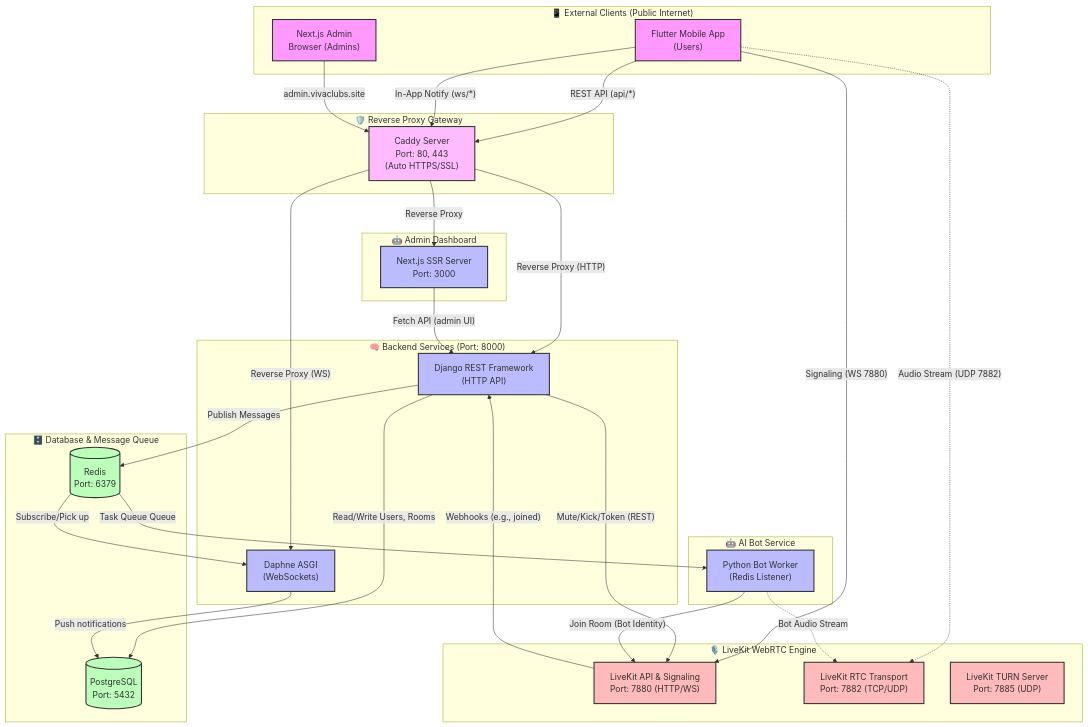
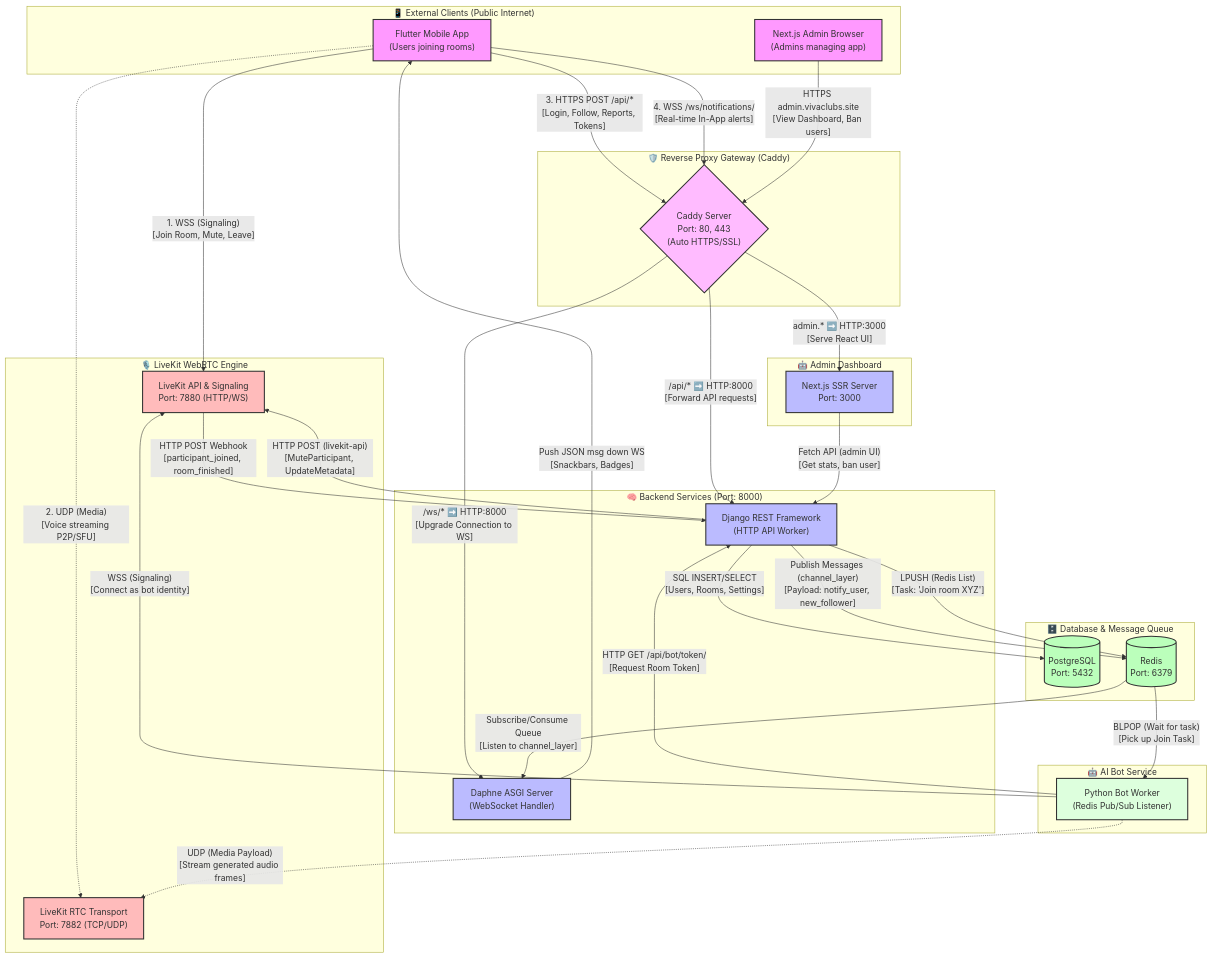
Before and after one commit to arefandywae-lab/VivaClub: the diagram in Docs/Problem&Progress report/architecture-port-mapping.md, drawn with Mermaid.

Commit message:
docs: Detail the architectural port mapping mermaid chart

````diff
--- a/Docs/Problem&Progress report/architecture-port-mapping.md
+++ b/Docs/Problem&Progress report/architecture-port-mapping.md
@@ -20,85 +20,110 @@
 ```mermaid
 flowchart TB
-    %% External Clients
+    %% ==========================================
+    %% 1. EXTERNAL CLIENTS
+    %% ==========================================
     subgraph Clients ["📱 External Clients (Public Internet)"]
-        Flutter["Flutter Mobile App\n(Users)"]
-        Browser["Next.js Admin\nBrowser (Admins)"]
+        Flutter["Flutter Mobile App\n(Users joining rooms)"]
+        Browser["Next.js Admin Browser\n(Admins managing app)"]
     end
 
-    %% Caddy Gateway
-    subgraph Proxy ["🛡️ Reverse Proxy Gateway"]
-        Caddy["Caddy Server\nPort: 80, 443\n(Auto HTTPS/SSL)"]
+    %% ==========================================
+    %% 2. GATEWAY / REVERSE PROXY
+    %% ==========================================
+    subgraph Proxy ["🛡️ Reverse Proxy Gateway (Caddy)"]
+        Caddy{"Caddy Server\nPort: 80, 443\n(Auto HTTPS/SSL)"}
     end
 
-    %% Django Backend
+    %% ==========================================
+    %% 3. DJANGO BACKEND (API & Websockets)
+    %% ==========================================
     subgraph API_Services ["🧠 Backend Services (Port: 8000)"]
-        DjangoAPI["Django REST Framework\n(HTTP API)"]
-        Daphne["Daphne ASGI\n(WebSockets)"]
+        DjangoAPI["Django REST Framework\n(HTTP API Worker)"]
+        Daphne["Daphne ASGI Server\n(WebSocket Handler)"]
     end
 
-    %% Admin Panel
+    %% ==========================================
+    %% 4. NEXT.JS ADMIN DASHBOARD
+    %% ==========================================
     subgraph Admin_Frontend ["🤖 Admin Dashboard"]
         NextJS["Next.js SSR Server\nPort: 3000"]
     end
 
-    %% WebRTC Engine
+    %% ==========================================
+    %% 5. LIVEKIT (WebRTC Media Server)
+    %% ==========================================
     subgraph Media_Server ["🎙️ LiveKit WebRTC Engine"]
         LiveKitAPI["LiveKit API & Signaling\nPort: 7880 (HTTP/WS)"]
         LiveKitRTC["LiveKit RTC Transport\nPort: 7882 (TCP/UDP)"]
-        LiveKitTURN["LiveKit TURN Server\nPort: 7885 (UDP)"]
     end
 
-    %% Databases & Queues
+    %% ==========================================
+    %% 6. DATABASES & QUEUES
+    %% ==========================================
     subgraph Data_Layer ["🗄️ Database & Message Queue"]
         Postgres[(PostgreSQL\nPort: 5432)]
         Redis[(Redis\nPort: 6379)]
     end
     
-    %% AI Bot Service
+    %% ==========================================
+    %% 7. AI BOT SERVICE
+    %% ==========================================
     subgraph AI_Bots ["🤖 AI Bot Service"]
-        BotWorker["Python Bot Worker\n(Redis Listener)"]
+        BotWorker["Python Bot Worker\n(Redis Pub/Sub Listener)"]
     end
 
-    %% Connections: Client -> Gateway
-    Flutter -- "REST API (api/*)" --> Caddy
-    Flutter -- "In-App Notify (ws/*)" --> Caddy
-    Flutter -- "Signaling (WS 7880)" --> LiveKitAPI
-    Flutter -. "Audio Stream (UDP 7882)" .-> LiveKitRTC
+    %% ==========================================
+    %% NETWORK CONNECTIONS & DATA FLOW
+    %% ==========================================
+
+    %% A. Client -> Gateway Flows
+    Flutter -- "1. WSS (Signaling)\n[Join Room, Mute, Leave]" --> LiveKitAPI
+    Flutter -. "2. UDP (Media)\n[Voice streaming P2P/SFU]" .-> LiveKitRTC
+    Flutter -- "3. HTTPS POST /api/*\n[Login, Follow, Reports, Tokens]" --> Caddy
+    Flutter -- "4. WSS /ws/notifications/\n[Real-time In-App alerts]" --> Caddy
+    Browser -- "HTTPS admin.vivaclubs.site\n[View Dashboard, Ban users]" --> Caddy
     
-    Browser -- "admin.vivaclubs.site" --> Caddy
+    %% B. Gateway Routing (Caddy Rules)
+    Caddy -- "/api/* ➡️ HTTP:8000\n[Forward API requests]" --> DjangoAPI
+    Caddy -- "/ws/* ➡️ HTTP:8000\n[Upgrade Connection to WS]" --> Daphne
+    Caddy -- "admin.* ➡️ HTTP:3000\n[Serve React UI]" --> NextJS
+
+    %% C. Next.js -> Django API
+    NextJS -- "Fetch API (admin UI)\n[Get stats, ban user]" --> DjangoAPI
+
+    %% D. Django API -> Databases (Sync)
+    DjangoAPI -- "SQL INSERT/SELECT\n[Users, Rooms, Settings]" --> Postgres
+    DjangoAPI -- "Publish Messages (channel_layer)\n[Payload: notify_user, new_follower]" --> Redis
+
+    %% E. Daphne -> Databases (Async)
+    Redis -- "Subscribe/Consume Queue\n[Listen to channel_layer]" --> Daphne
+    Daphne -- "Push JSON msg down WS\n[Snackbars, Badges]" --> Flutter
+
+    %% F. LiveKit <-> Django (REST & Webhooks)
+    DjangoAPI -- "HTTP POST (livekit-api)\n[MuteParticipant, UpdateMetadata]" --> LiveKitAPI
+    LiveKitAPI -- "HTTP POST Webhook\n[participant_joined, room_finished]" --> DjangoAPI
+
+    %% G. Bot Service Loop
+    DjangoAPI -- "LPUSH (Redis List)\n[Task: 'Join room XYZ']" --> Redis
+    Redis -- "BLPOP (Wait for task)\n[Pick up Join Task]" --> BotWorker
+    BotWorker -- "HTTP GET /api/bot/token/\n[Request Room Token]" --> DjangoAPI
+    BotWorker -- "WSS (Signaling)\n[Connect as bot identity]" --> LiveKitAPI
+    BotWorker -. "UDP (Media Payload)\n[Stream generated audio frames]" .-> LiveKitRTC
     
-    %% Connections: Gateway -> Internal Services
-    Caddy -- "Reverse Proxy" --> NextJS
-    Caddy -- "Reverse Proxy (HTTP)" --> DjangoAPI
-    Caddy -- "Reverse Proxy (WS)" --> Daphne
-
-    %% Connections: Next.js -> API
-    NextJS -- "Fetch API (admin UI)" --> DjangoAPI
-
-    %% Connections: API -> Databases
-    DjangoAPI -- "Read/Write Users, Rooms" --> Postgres
-    Daphne -- "Push notifications" --> Postgres
-
-    %% Connections: API/WS -> Redis -> Bots/Daphne
-    DjangoAPI -- "Publish Messages" --> Redis
-    Redis -- "Subscribe/Pick up" --> Daphne
-    Redis -- "Task Queue Queue" --> BotWorker
-
-    %% Connections: API ↔ LiveKit
-    DjangoAPI -- "Mute/Kick/Token (REST)" --> LiveKitAPI
-    LiveKitAPI -- "Webhooks (e.g., joined)" --> DjangoAPI
-    BotWorker -- "Join Room (Bot Identity)" --> LiveKitAPI
-    BotWorker -. "Bot Audio Stream" .-> LiveKitRTC
-    
+    %% ==========================================
+    %% STYLING
+    %% ==========================================
     classDef client fill:#f9f,stroke:#333,stroke-width:2px;
     classDef proxy fill:#fbf,stroke:#333,stroke-width:2px;
     classDef backend fill:#bbf,stroke:#333,stroke-width:2px;
     classDef data fill:#bfb,stroke:#333,stroke-width:2px;
     classDef rtc fill:#fbb,stroke:#333,stroke-width:2px;
+    classDef bot fill:#dfd,stroke:#333,stroke-width:2px;
     
     class Flutter,Browser client;
     class Caddy proxy;
-    class DjangoAPI,Daphne,NextJS,BotWorker backend;
+    class DjangoAPI,Daphne,NextJS backend;
     class Postgres,Redis data;
-    class LiveKitAPI,LiveKitRTC,LiveKitTURN rtc;
+    class LiveKitAPI,LiveKitRTC rtc;
+    class BotWorker bot;
 ```
````
